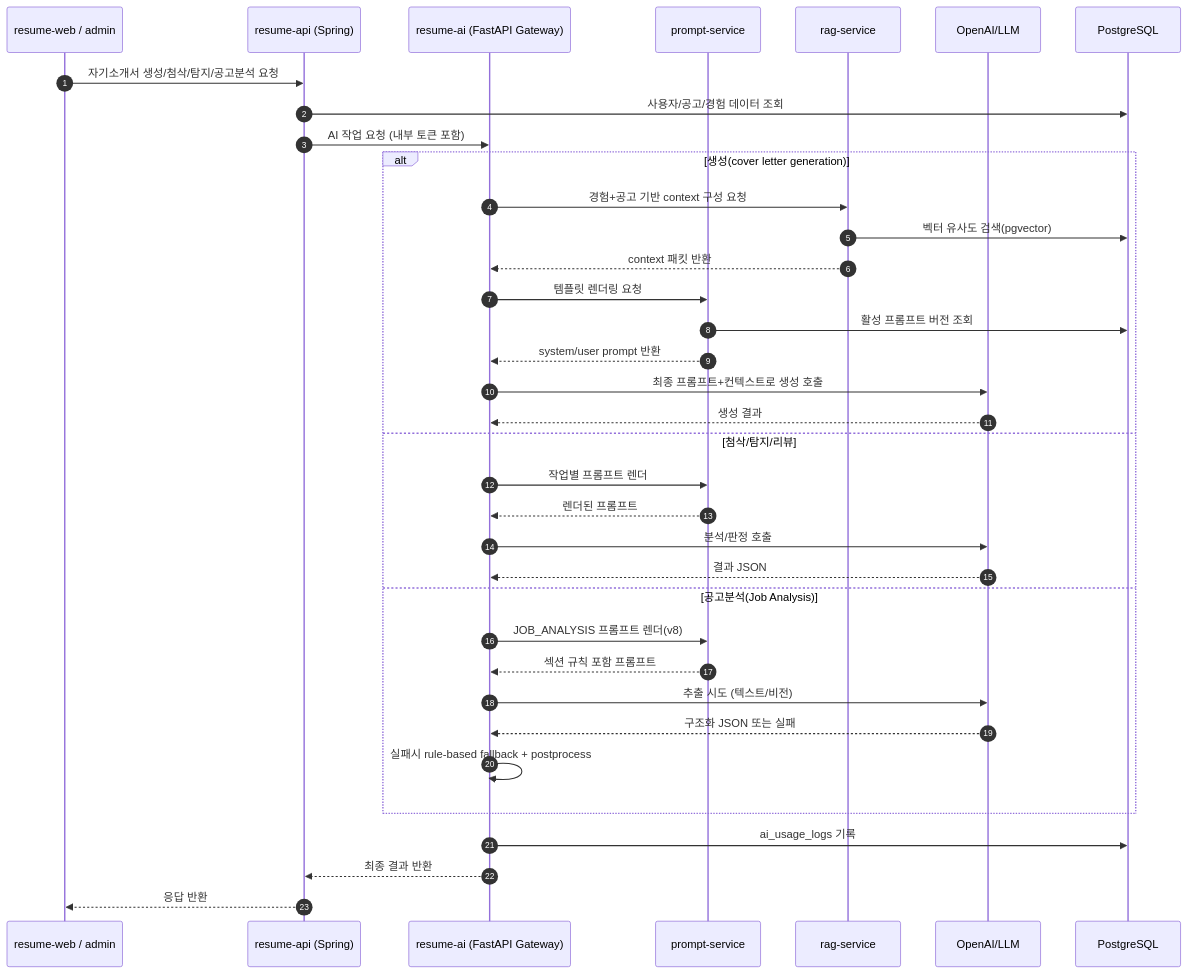
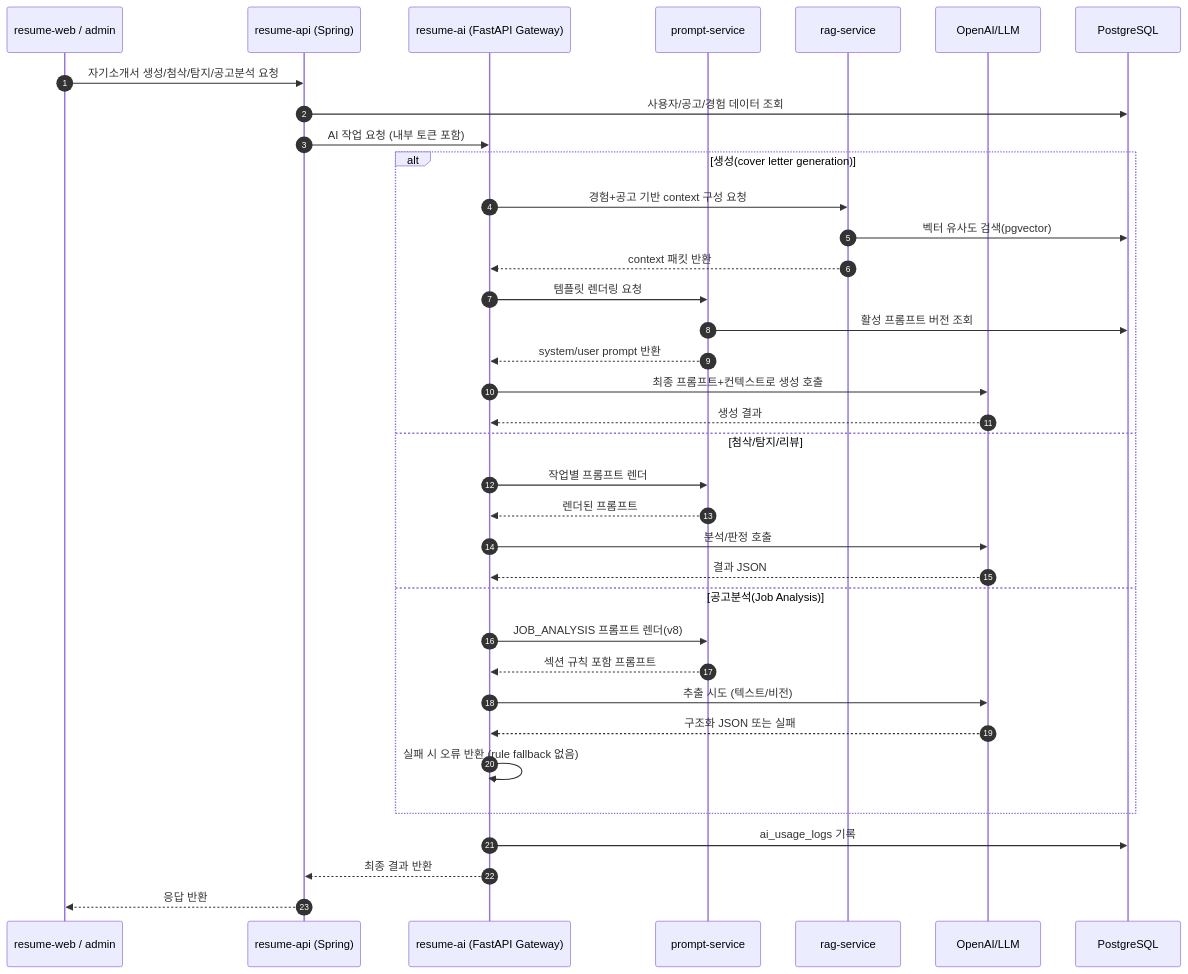
Before and after one commit to ktdvlp-jih/resume-pilot: the fourth of 5 diagrams in docs/reports/개발스택-AI동작-버전비교-2026-07-09.md, drawn with Mermaid. The commit also changed other lines of this file and 4 other files, not shown here.

````diff
--- a/docs/reports/개발스택-AI동작-버전비교-2026-07-09.md
+++ b/docs/reports/개발스택-AI동작-버전비교-2026-07-09.md
@@ -299,41 +302,41 @@
 ```mermaid
 sequenceDiagram
     autonumber
     participant UI as resume-web / admin
     participant API as resume-api (Spring)
     participant AI as resume-ai (FastAPI Gateway)
     participant PROMPT as prompt-service
     participant RAG as rag-service
     participant LLM as OpenAI/LLM
     participant DB as PostgreSQL
 
     UI->>API: 자기소개서 생성/첨삭/탐지/공고분석 요청
     API->>DB: 사용자/공고/경험 데이터 조회
     API->>AI: AI 작업 요청 (내부 토큰 포함)
 
     alt 생성(cover letter generation)
         AI->>RAG: 경험+공고 기반 context 구성 요청
         RAG->>DB: 벡터 유사도 검색(pgvector)
         RAG-->>AI: context 패킷 반환
         AI->>PROMPT: 템플릿 렌더링 요청
         PROMPT->>DB: 활성 프롬프트 버전 조회
         PROMPT-->>AI: system/user prompt 반환
         AI->>LLM: 최종 프롬프트+컨텍스트로 생성 호출
         LLM-->>AI: 생성 결과
     else 첨삭/탐지/리뷰
         AI->>PROMPT: 작업별 프롬프트 렌더
         PROMPT-->>AI: 렌더된 프롬프트
         AI->>LLM: 분석/판정 호출
         LLM-->>AI: 결과 JSON
     else 공고분석(Job Analysis)
         AI->>PROMPT: JOB_ANALYSIS 프롬프트 렌더(v8)
         PROMPT-->>AI: 섹션 규칙 포함 프롬프트
         AI->>LLM: 추출 시도 (텍스트/비전)
         LLM-->>AI: 구조화 JSON 또는 실패
-        AI->>AI: 실패시 rule-based fallback + postprocess
+        AI->>AI: 실패 시 오류 반환 (rule fallback 없음)
     end
 
     AI->>DB: ai_usage_logs 기록
     AI-->>API: 최종 결과 반환
     API-->>UI: 응답 반환
 ```
````
